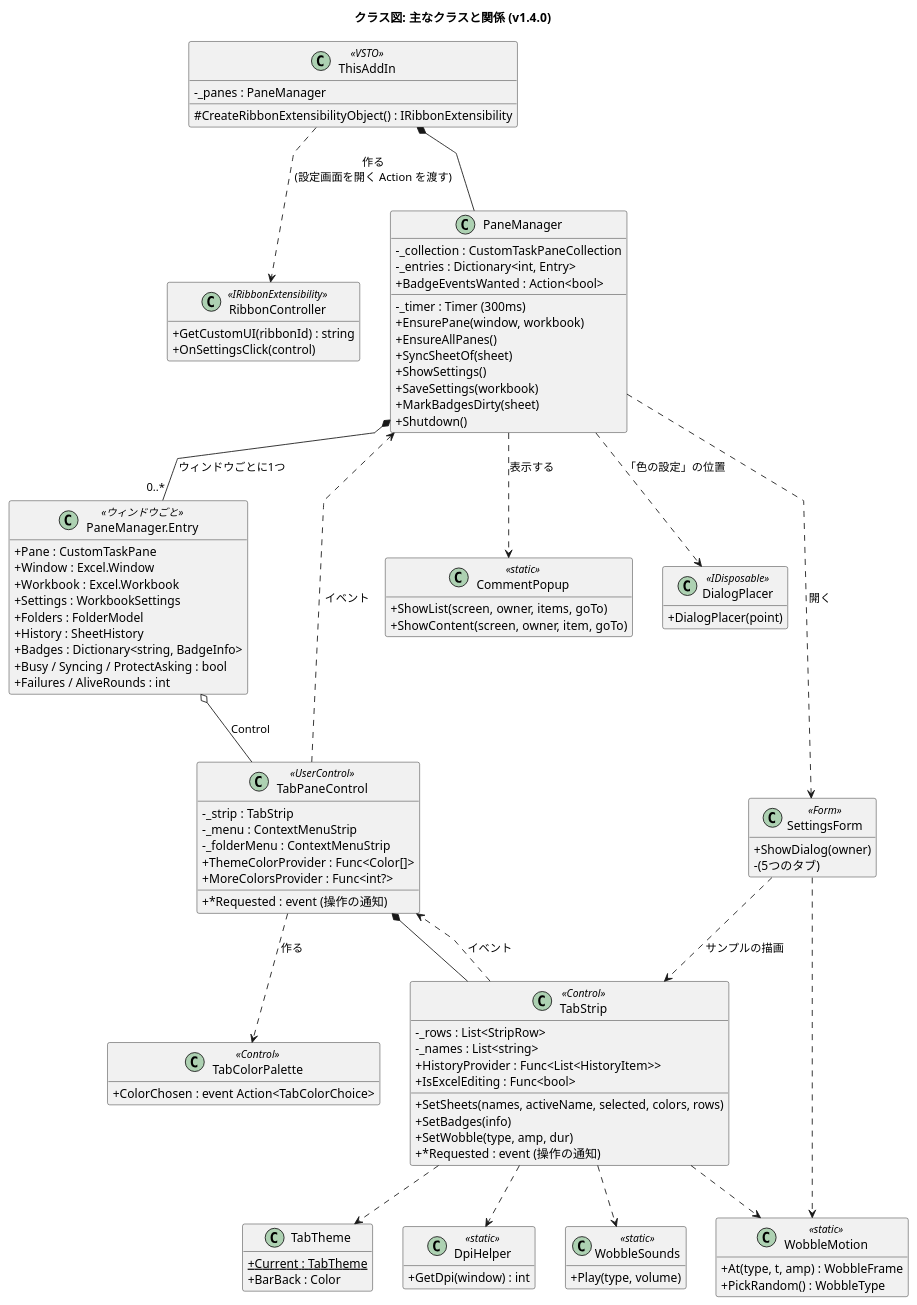
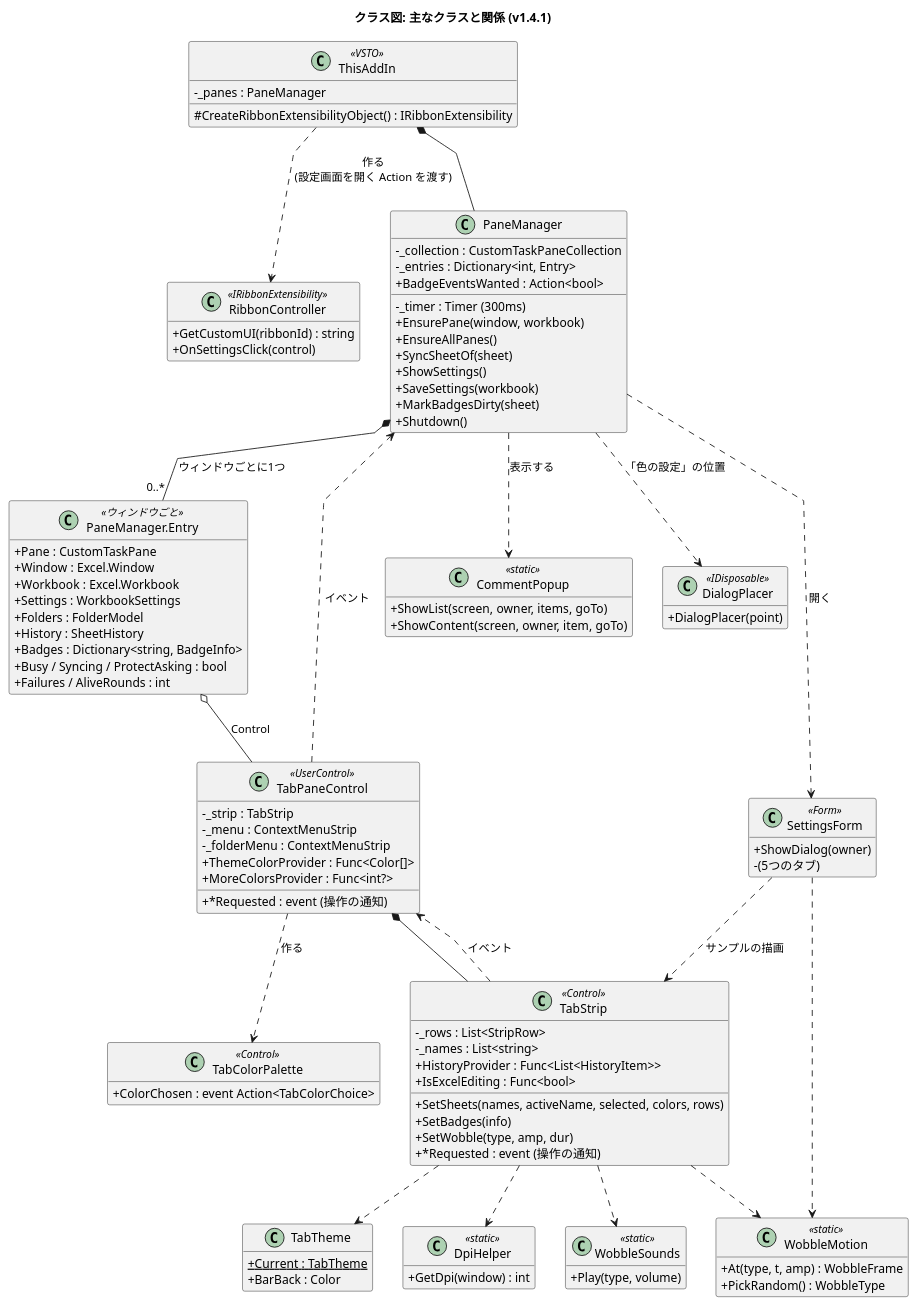
One commit to nk-taka623/VerticalSheetTabs changed the diagram in docs/class-structure.puml. Above: the diagram before and after it, drawn with PlantUML. The commit also changed 14 other files, not shown here.

Commit message:
v1.4.1 にする (バージョン、README の変更点、設計図の版数)

```diff
--- a/docs/class-structure.puml
+++ b/docs/class-structure.puml
@@ -1,117 +1,117 @@
 @startuml
-title クラス図: 主なクラスと関係 (v1.4.0)
+title クラス図: 主なクラスと関係 (v1.4.1)
 skinparam shadowing false
 skinparam classAttributeIconSize 0
 skinparam linetype polyline
 hide empty members
 
 class ThisAddIn <<VSTO>> {
   -_panes : PaneManager
   #CreateRibbonExtensibilityObject() : IRibbonExtensibility
 }
 
 class RibbonController <<IRibbonExtensibility>> {
   +GetCustomUI(ribbonId) : string
   +OnSettingsClick(control)
 }
 
 class PaneManager {
   -_collection : CustomTaskPaneCollection
   -_entries : Dictionary<int, Entry>
   -_timer : Timer (300ms)
   +BadgeEventsWanted : Action<bool>
   +EnsurePane(window, workbook)
   +EnsureAllPanes()
   +SyncSheetOf(sheet)
   +ShowSettings()
   +SaveSettings(workbook)
   +MarkBadgesDirty(sheet)
   +Shutdown()
 }
 
 class "PaneManager.Entry" as Entry <<ウィンドウごと>> {
   +Pane : CustomTaskPane
   +Window : Excel.Window
   +Workbook : Excel.Workbook
   +Settings : WorkbookSettings
   +Folders : FolderModel
   +History : SheetHistory
   +Badges : Dictionary<string, BadgeInfo>
   +Busy / Syncing / ProtectAsking : bool
   +Failures / AliveRounds : int
 }
 
 class TabPaneControl <<UserControl>> {
   -_strip : TabStrip
   -_menu : ContextMenuStrip
   -_folderMenu : ContextMenuStrip
   +ThemeColorProvider : Func<Color[]>
   +MoreColorsProvider : Func<int?>
   +*Requested : event (操作の通知)
 }
 
 class TabStrip <<Control>> {
   -_rows : List<StripRow>
   -_names : List<string>
   +SetSheets(names, activeName, selected, colors, rows)
   +SetBadges(info)
   +SetWobble(type, amp, dur)
   +*Requested : event (操作の通知)
   +HistoryProvider : Func<List<HistoryItem>>
   +IsExcelEditing : Func<bool>
 }
 
 class TabColorPalette <<Control>> {
   +ColorChosen : event Action<TabColorChoice>
 }
 
 class SettingsForm <<Form>> {
   +ShowDialog(owner)
   -(5つのタブ)
 }
 
 class CommentPopup <<static>> {
   +ShowList(screen, owner, items, goTo)
   +ShowContent(screen, owner, item, goTo)
 }
 
 class DialogPlacer <<IDisposable>> {
   +DialogPlacer(point)
 }
 
 class TabTheme {
   +Current : TabTheme {static}
   +BarBack : Color
 }
 
 class DpiHelper <<static>> {
   +GetDpi(window) : int
 }
 
 class WobbleMotion <<static>> {
   +At(type, t, amp) : WobbleFrame
   +PickRandom() : WobbleType
 }
 
 class WobbleSounds <<static>> {
   +Play(type, volume)
 }
 
 ThisAddIn *-- PaneManager
 ThisAddIn ..> RibbonController : 作る\n(設定画面を開く Action を渡す)
 PaneManager *-- "0..*" Entry : ウィンドウごとに1つ
 Entry o-- TabPaneControl : Control
 TabPaneControl *-- TabStrip
 TabPaneControl ..> TabColorPalette : 作る
 TabStrip ..> TabPaneControl : イベント
 TabPaneControl ..> PaneManager : イベント
 PaneManager ..> SettingsForm : 開く
 PaneManager ..> CommentPopup : 表示する
 PaneManager ..> DialogPlacer : 「色の設定」の位置
 SettingsForm ..> TabStrip : サンプルの描画
 TabStrip ..> TabTheme
 TabStrip ..> DpiHelper
 TabStrip ..> WobbleMotion
 TabStrip ..> WobbleSounds
 SettingsForm ..> WobbleMotion
 @enduml
```
